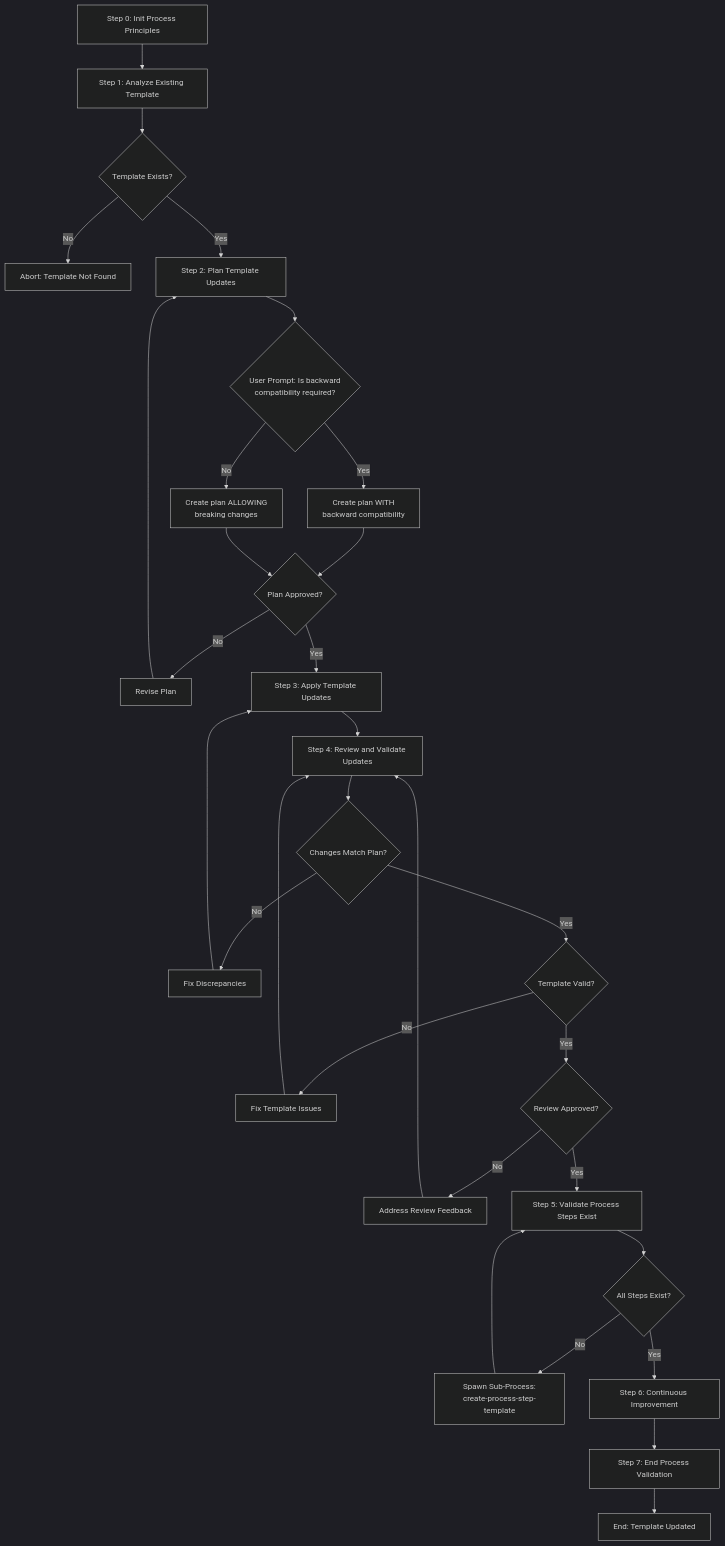
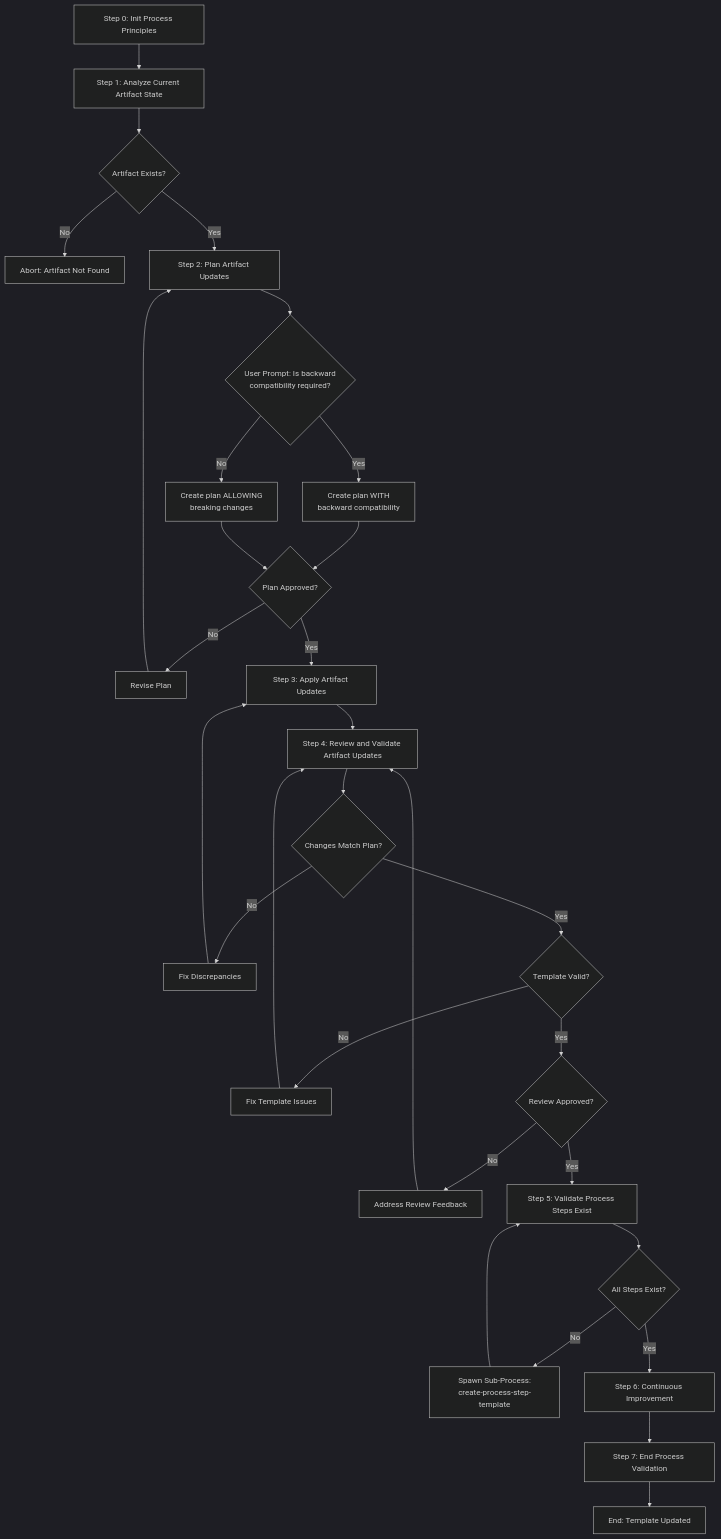
Before and after one commit to HMTools/agentic-processes: the diagram in .processes/templates/infrastructure/update-process-template/update-process-template.md, drawn with Mermaid (dark theme). The commit also changed other lines of this file and 8 other files, not shown here.

First line of the commit message:
Refactors artifact update process and adds review step

````diff
--- a/.processes/templates/infrastructure/update-process-template/update-process-template.md
+++ b/.processes/templates/infrastructure/update-process-template/update-process-template.md
@@ -42,32 +42,32 @@
 ```mermaid
 flowchart TD
-    A[Step 0: Init Process Principles] --> B[Step 1: Analyze Existing Template]
-    B --> C{Template Exists?}
-    C -->|No| D[Abort: Template Not Found]
-    C -->|Yes| E[Step 2: Plan Template Updates]
+    A[Step 0: Init Process Principles] --> B[Step 1: Analyze Current Artifact State]
+    B --> C{Artifact Exists?}
+    C -->|No| D[Abort: Artifact Not Found]
+    C -->|Yes| E[Step 2: Plan Artifact Updates]
     E --> F{User Prompt: Is backward<br/>compatibility required?}
     F -->|Yes| G[Create plan WITH<br/>backward compatibility]
     F -->|No| H[Create plan ALLOWING<br/>breaking changes]
     G --> I{Plan Approved?}
     H --> I
     I -->|No| J[Revise Plan]
     J --> E
-    I -->|Yes| K[Step 3: Apply Template Updates]
-    K --> L[Step 4: Review and Validate Updates]
+    I -->|Yes| K[Step 3: Apply Artifact Updates]
+    K --> L[Step 4: Review and Validate Artifact Updates]
     L --> M{Changes Match Plan?}
     M -->|No| N[Fix Discrepancies]
     N --> K
     M -->|Yes| O{Template Valid?}
     O -->|No| P[Fix Template Issues]
     P --> L
     O -->|Yes| Q{Review Approved?}
     Q -->|No| R[Address Review Feedback]
     R --> L
     Q -->|Yes| S[Step 5: Validate Process Steps Exist]
     S --> T{All Steps Exist?}
     T -->|No| U[Spawn Sub-Process:<br/>create-process-step-template]
     U --> S
     T -->|Yes| V[Step 6: Continuous Improvement]
     V --> W[Step 7: End Process Validation]
     W --> X[End: Template Updated]
 ```
````
